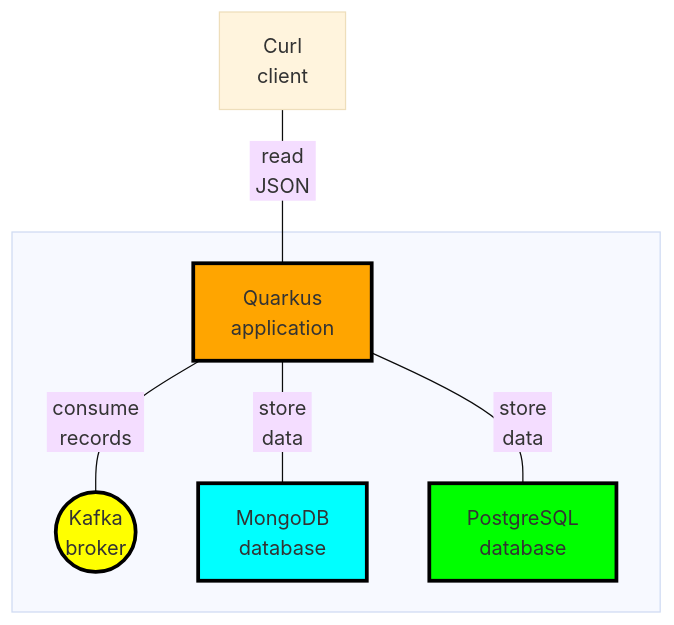
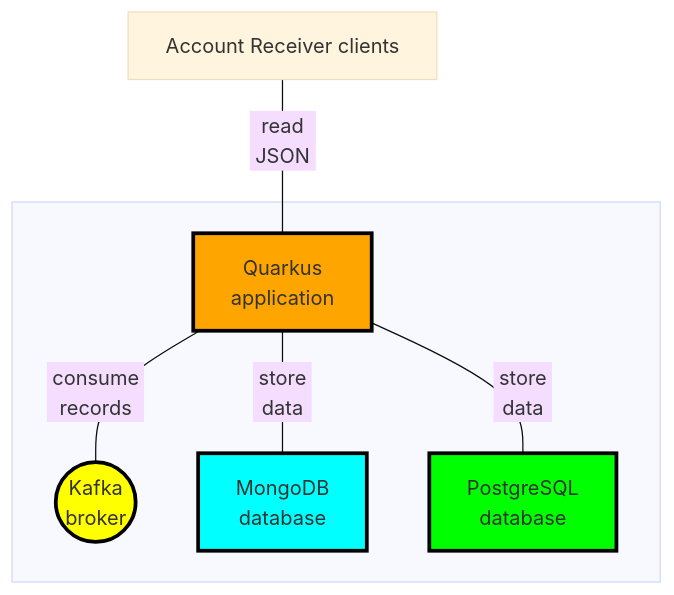
The first of 3 diagrams in docs/mermaid/flowchart.md (k1729p/Study22), drawn with Mermaid (base theme) before and after one commit. The commit also changed 6 other files, not shown here.

````diff
--- a/docs/mermaid/flowchart.md
+++ b/docs/mermaid/flowchart.md
@@ -1,18 +1,18 @@
 ```mermaid
 flowchart TB
-CU["Curl<br>client"]
+CU["Account Receiver clients"]
 subgraph " "
   QU["Quarkus<br>application"]:::orangeBox
   KA(("Kafka<br>broker")):::yellowBox
   MO["MongoDB<br>database"]:::cyanBox
   PO["PostgreSQL<br>database"]:::greenBox
 end
 CU --"&nbsp;read&nbsp;<br>&nbsp;JSON&nbsp;"--- QU
 QU --"&nbsp;consume&nbsp;<br>&nbsp;records&nbsp;"--- KA
 QU --"&nbsp;store&nbsp;<br>&nbsp;data&nbsp;"--- MO & PO
 
 classDef greenBox   fill:#00ff00,stroke:#000,stroke-width:3px
 classDef cyanBox    fill:#00ffff,stroke:#000,stroke-width:3px
 classDef yellowBox  fill:#ffff00,stroke:#000,stroke-width:3px
 classDef orangeBox  fill:#ffa500,stroke:#000,stroke-width:3px
 ```
````
